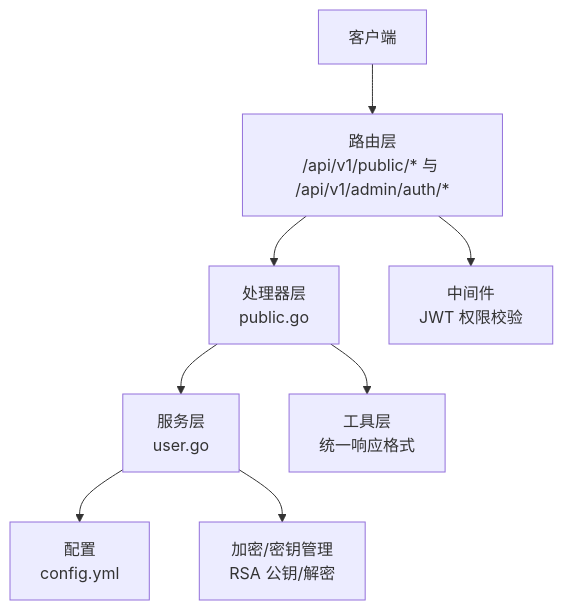
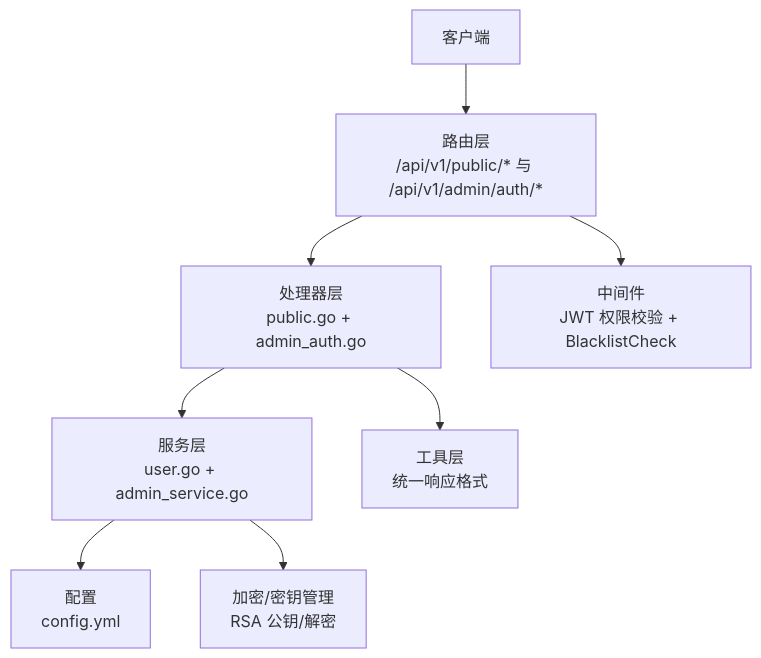
The first of 3 diagrams in .qoder/repowiki/zh/content/API 接口文档/认证相关接口.md (wuwuseo/e-sports-go-admin), drawn with Mermaid before and after one commit. The commit also changed other lines of this file and 42 other files, not shown here.

````diff
--- a/.qoder/repowiki/zh/content/API 接口文档/认证相关接口.md
+++ b/.qoder/repowiki/zh/content/API 接口文档/认证相关接口.md
@@ -43,10 +45,10 @@
 ```mermaid
 graph TB
 Client["客户端"] --> Router["路由层<br/>/api/v1/public/* 与 /api/v1/admin/auth/*"]
-Router --> Handler["处理器层<br/>public.go"]
-Handler --> Service["服务层<br/>user.go"]
+Router --> Handler["处理器层<br/>public.go + admin_auth.go"]
+Handler --> Service["服务层<br/>user.go + admin_service.go"]
 Service --> Config["配置<br/>config.yml"]
 Service --> Crypto["加密/密钥管理<br/>RSA 公钥/解密"]
-Router --> Middleware["中间件<br/>JWT 权限校验"]
+Router --> Middleware["中间件<br/>JWT 权限校验 + BlacklistCheck"]
 Handler --> Utils["工具层<br/>统一响应格式"]
 ```
````
